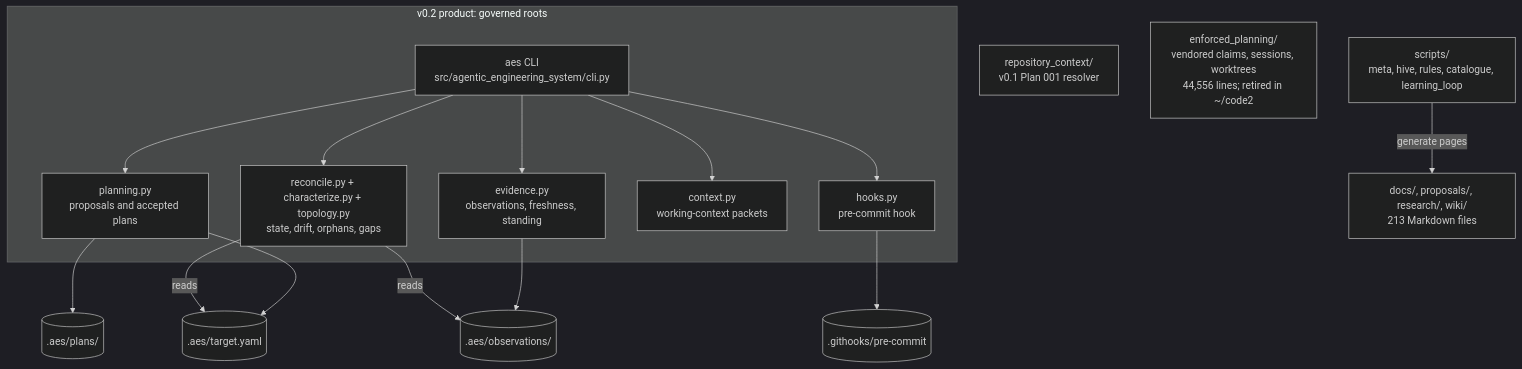
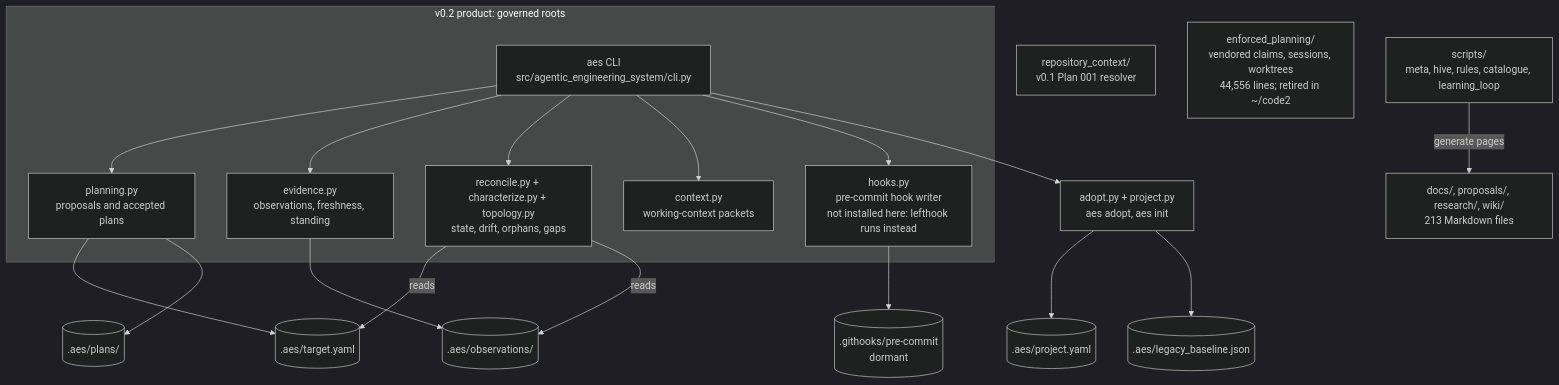
Before and after one commit to BrianMills2718/agentic-engineering-system-canonical: the second of 2 diagrams in docs/planning/SYSTEM_MODEL.md, drawn with Mermaid (dark theme). The commit also changed other lines of this file and 9 other files, not shown here.

First line of the commit message:
Planning package: cold review 1 fixes (commit-rule outcome, dormant hook, code2 format, adoption receipts)

````diff
--- a/docs/planning/SYSTEM_MODEL.md
+++ b/docs/planning/SYSTEM_MODEL.md
@@ -38,28 +38,33 @@
 ```mermaid
 flowchart TB
   subgraph v02[v0.2 product: governed roots]
     cli[aes CLI<br/>src/agentic_engineering_system/cli.py]
     plan[planning.py<br/>proposals and accepted plans]
     ev[evidence.py<br/>observations, freshness, standing]
     rec[reconcile.py + characterize.py + topology.py<br/>state, drift, orphans, gaps]
     ctx[context.py<br/>working-context packets]
-    hk[hooks.py<br/>pre-commit hook]
+    hk[hooks.py<br/>pre-commit hook writer<br/>not installed here: lefthook runs instead]
   end
   v01[repository_context/<br/>v0.1 Plan 001 resolver]
   ep[enforced_planning/<br/>vendored claims, sessions, worktrees<br/>44,556 lines; retired in ~/code2]
   scr[scripts/<br/>meta, hive, rules, catalogue, learning_loop]
   docs[docs/, proposals/, research/, wiki/<br/>213 Markdown files]
   t[(.aes/target.yaml)]
   o[(.aes/observations/)]
   p[(.aes/plans/)]
-  g[(.githooks/pre-commit)]
+  g[(.githooks/pre-commit<br/>dormant)]
+  pj[(.aes/project.yaml)]
+  lb[(.aes/legacy_baseline.json)]
+  ad[adopt.py + project.py<br/>aes adopt, aes init]
   cli --> plan --> t
   plan --> p
   cli --> ev --> o
   cli --> rec
   rec -->|reads| t
   rec -->|reads| o
   cli --> ctx
   cli --> hk --> g
+  cli --> ad --> pj
+  ad --> lb
   scr -->|generate pages| docs
 ```
````
